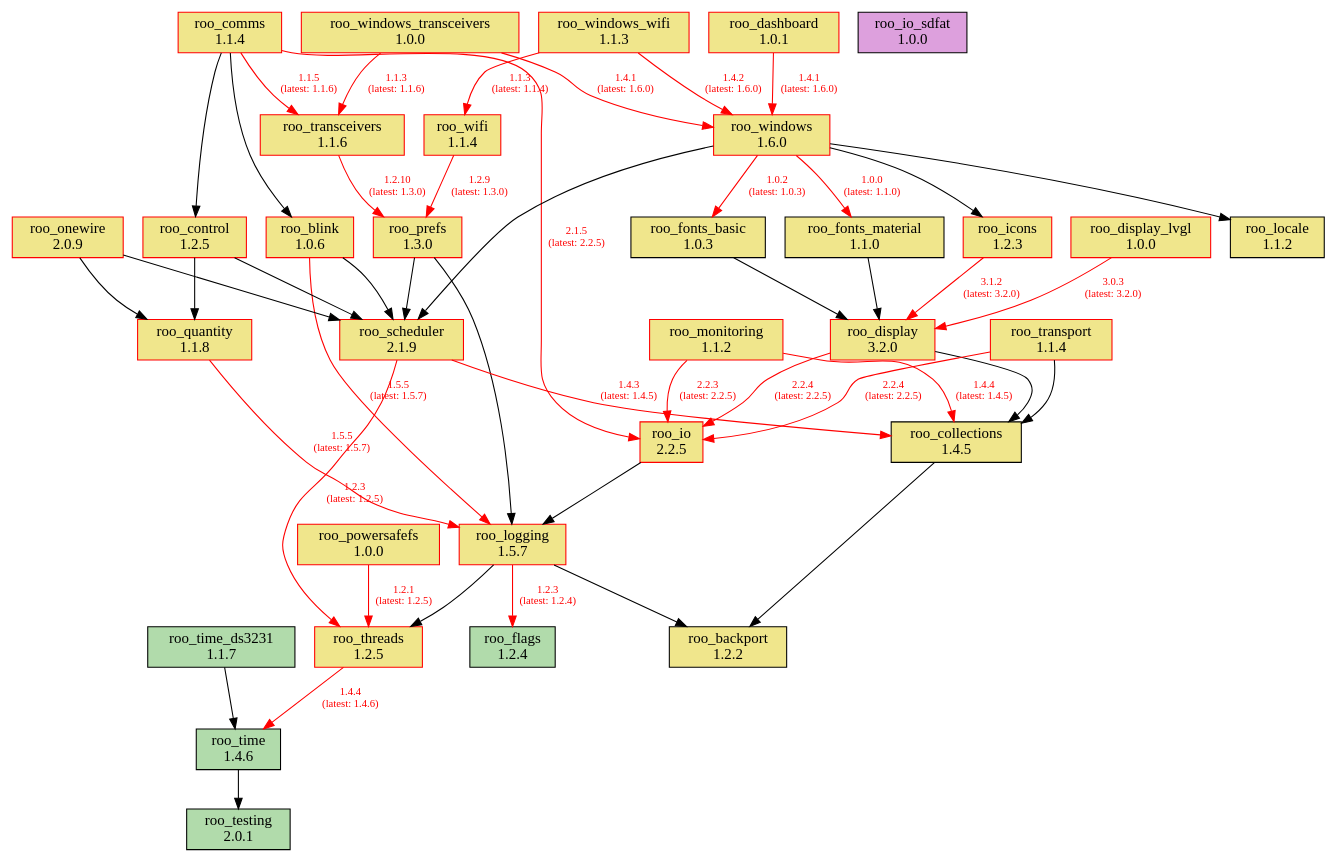
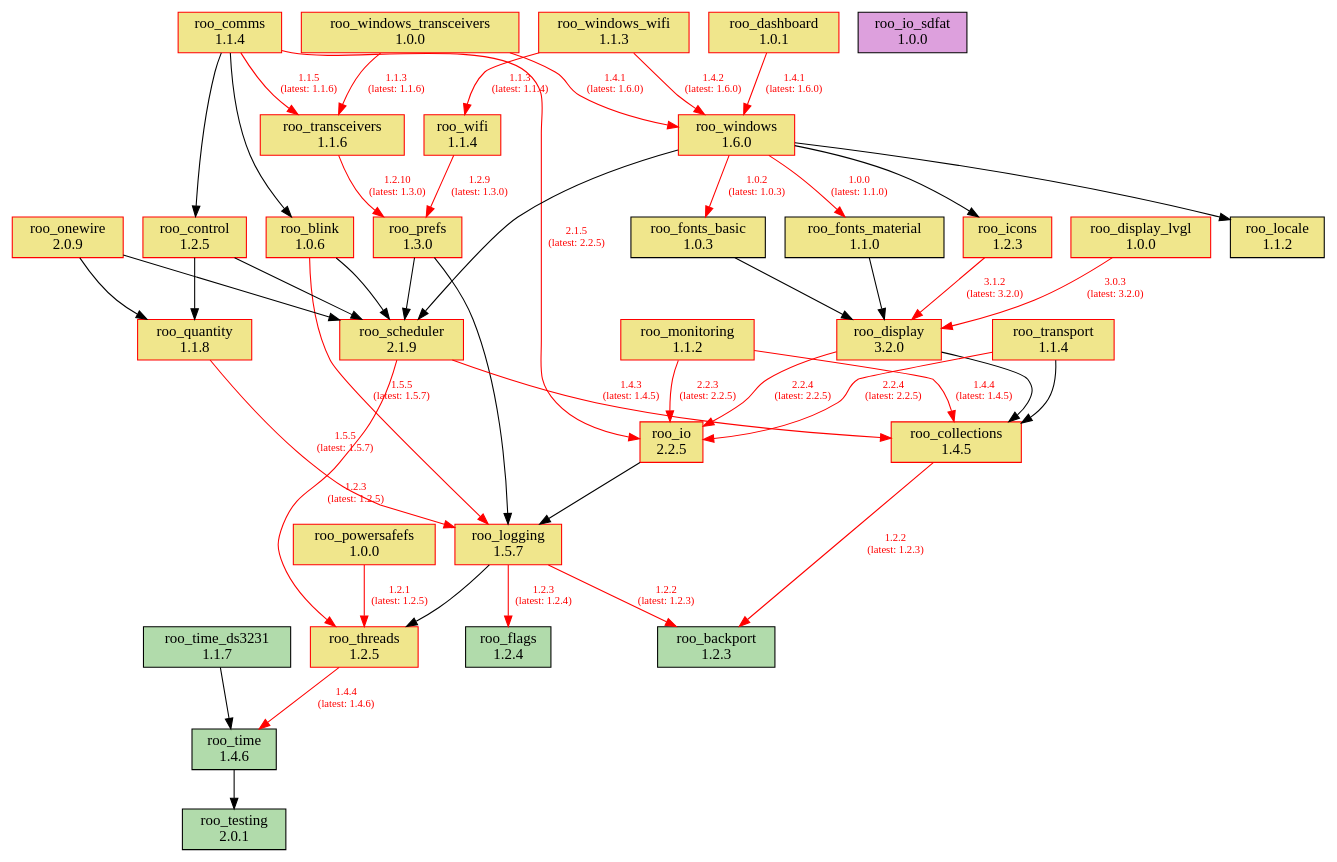
The diagram in doc/dependencies.dot (dejwk/roo-registry), drawn with Graphviz before and after one commit. The commit also changed 3 other files, not shown here.

Commit message:
Added roo_backport 1.2.3 to the registry.

```diff
--- a/doc/dependencies.dot
+++ b/doc/dependencies.dot
@@ -1,87 +1,87 @@
 digraph dependencies {
     rankdir=TB;
     node [shape=box, style=filled];
     edge [fontsize=10];
 
     // Modules
-    "roo_backport" [label="roo_backport\n1.2.2", fillcolor="khaki", color="black"];
+    "roo_backport" [label="roo_backport\n1.2.3", fillcolor="#b1dbab", color="black"];
     "roo_blink" [label="roo_blink\n1.0.6", fillcolor="khaki", color="red"];
-    "roo_collections" [label="roo_collections\n1.4.5", fillcolor="khaki", color="black"];
+    "roo_collections" [label="roo_collections\n1.4.5", fillcolor="khaki", color="red"];
     "roo_comms" [label="roo_comms\n1.1.4", fillcolor="khaki", color="red"];
     "roo_control" [label="roo_control\n1.2.5", fillcolor="khaki", color="red"];
     "roo_dashboard" [label="roo_dashboard\n1.0.1", fillcolor="khaki", color="red"];
     "roo_display" [label="roo_display\n3.2.0", fillcolor="khaki", color="red"];
     "roo_display_lvgl" [label="roo_display_lvgl\n1.0.0", fillcolor="khaki", color="red"];
     "roo_flags" [label="roo_flags\n1.2.4", fillcolor="#b1dbab", color="black"];
     "roo_fonts_basic" [label="roo_fonts_basic\n1.0.3", fillcolor="khaki", color="black"];
     "roo_fonts_material" [label="roo_fonts_material\n1.1.0", fillcolor="khaki", color="black"];
     "roo_icons" [label="roo_icons\n1.2.3", fillcolor="khaki", color="red"];
     "roo_io" [label="roo_io\n2.2.5", fillcolor="khaki", color="red"];
     "roo_io_sdfat" [label="roo_io_sdfat\n1.0.0", fillcolor="plum", color="black"];
     "roo_locale" [label="roo_locale\n1.1.2", fillcolor="khaki", color="black"];
     "roo_logging" [label="roo_logging\n1.5.7", fillcolor="khaki", color="red"];
     "roo_monitoring" [label="roo_monitoring\n1.1.2", fillcolor="khaki", color="red"];
     "roo_onewire" [label="roo_onewire\n2.0.9", fillcolor="khaki", color="red"];
     "roo_powersafefs" [label="roo_powersafefs\n1.0.0", fillcolor="khaki", color="red"];
     "roo_prefs" [label="roo_prefs\n1.3.0", fillcolor="khaki", color="red"];
     "roo_quantity" [label="roo_quantity\n1.1.8", fillcolor="khaki", color="red"];
     "roo_scheduler" [label="roo_scheduler\n2.1.9", fillcolor="khaki", color="red"];
     "roo_testing" [label="roo_testing\n2.0.1", fillcolor="#b1dbab", color="black"];
     "roo_threads" [label="roo_threads\n1.2.5", fillcolor="khaki", color="red"];
     "roo_time" [label="roo_time\n1.4.6", fillcolor="#b1dbab", color="black"];
     "roo_time_ds3231" [label="roo_time_ds3231\n1.1.7", fillcolor="#b1dbab", color="black"];
     "roo_transceivers" [label="roo_transceivers\n1.1.6", fillcolor="khaki", color="red"];
     "roo_transport" [label="roo_transport\n1.1.4", fillcolor="khaki", color="red"];
     "roo_wifi" [label="roo_wifi\n1.1.4", fillcolor="khaki", color="red"];
     "roo_windows" [label="roo_windows\n1.6.0", fillcolor="khaki", color="red"];
     "roo_windows_transceivers" [label="roo_windows_transceivers\n1.0.0", fillcolor="khaki", color="red"];
     "roo_windows_wifi" [label="roo_windows_wifi\n1.1.3", fillcolor="khaki", color="red"];
 
     // Dependencies
     "roo_blink" -> "roo_logging" [color=red, fontcolor=red, label="1.5.5\n(latest: 1.5.7)"];
     "roo_blink" -> "roo_scheduler";
-    "roo_collections" -> "roo_backport";
+    "roo_collections" -> "roo_backport" [color=red, fontcolor=red, label="1.2.2\n(latest: 1.2.3)"];
     "roo_comms" -> "roo_blink";
     "roo_comms" -> "roo_control";
     "roo_comms" -> "roo_io" [color=red, fontcolor=red, label="2.1.5\n(latest: 2.2.5)"];
     "roo_comms" -> "roo_transceivers" [color=red, fontcolor=red, label="1.1.5\n(latest: 1.1.6)"];
     "roo_control" -> "roo_quantity";
     "roo_control" -> "roo_scheduler";
     "roo_dashboard" -> "roo_windows" [color=red, fontcolor=red, label="1.4.1\n(latest: 1.6.0)"];
     "roo_display" -> "roo_collections";
     "roo_display" -> "roo_io" [color=red, fontcolor=red, label="2.2.4\n(latest: 2.2.5)"];
     "roo_display_lvgl" -> "roo_display" [color=red, fontcolor=red, label="3.0.3\n(latest: 3.2.0)"];
     "roo_fonts_basic" -> "roo_display";
     "roo_fonts_material" -> "roo_display";
     "roo_icons" -> "roo_display" [color=red, fontcolor=red, label="3.1.2\n(latest: 3.2.0)"];
     "roo_io" -> "roo_logging";
-    "roo_logging" -> "roo_backport";
+    "roo_logging" -> "roo_backport" [color=red, fontcolor=red, label="1.2.2\n(latest: 1.2.3)"];
     "roo_logging" -> "roo_flags" [color=red, fontcolor=red, label="1.2.3\n(latest: 1.2.4)"];
     "roo_logging" -> "roo_threads";
     "roo_monitoring" -> "roo_collections" [color=red, fontcolor=red, label="1.4.4\n(latest: 1.4.5)"];
     "roo_monitoring" -> "roo_io" [color=red, fontcolor=red, label="2.2.3\n(latest: 2.2.5)"];
     "roo_onewire" -> "roo_scheduler";
     "roo_onewire" -> "roo_quantity";
     "roo_powersafefs" -> "roo_threads" [color=red, fontcolor=red, label="1.2.1\n(latest: 1.2.5)"];
     "roo_prefs" -> "roo_logging";
     "roo_prefs" -> "roo_scheduler";
     "roo_quantity" -> "roo_logging" [color=red, fontcolor=red, label="1.5.5\n(latest: 1.5.7)"];
     "roo_scheduler" -> "roo_collections" [color=red, fontcolor=red, label="1.4.3\n(latest: 1.4.5)"];
     "roo_scheduler" -> "roo_threads" [color=red, fontcolor=red, label="1.2.3\n(latest: 1.2.5)"];
     "roo_threads" -> "roo_time" [color=red, fontcolor=red, label="1.4.4\n(latest: 1.4.6)"];
     "roo_time" -> "roo_testing";
     "roo_time_ds3231" -> "roo_time";
     "roo_transceivers" -> "roo_prefs" [color=red, fontcolor=red, label="1.2.10\n(latest: 1.3.0)"];
     "roo_transport" -> "roo_collections";
     "roo_transport" -> "roo_io" [color=red, fontcolor=red, label="2.2.4\n(latest: 2.2.5)"];
     "roo_wifi" -> "roo_prefs" [color=red, fontcolor=red, label="1.2.9\n(latest: 1.3.0)"];
     "roo_windows" -> "roo_fonts_basic" [color=red, fontcolor=red, label="1.0.2\n(latest: 1.0.3)"];
     "roo_windows" -> "roo_fonts_material" [color=red, fontcolor=red, label="1.0.0\n(latest: 1.1.0)"];
     "roo_windows" -> "roo_locale";
     "roo_windows" -> "roo_icons";
     "roo_windows" -> "roo_scheduler";
     "roo_windows_transceivers" -> "roo_transceivers" [color=red, fontcolor=red, label="1.1.3\n(latest: 1.1.6)"];
     "roo_windows_transceivers" -> "roo_windows" [color=red, fontcolor=red, label="1.4.1\n(latest: 1.6.0)"];
     "roo_windows_wifi" -> "roo_wifi" [color=red, fontcolor=red, label="1.1.3\n(latest: 1.1.4)"];
     "roo_windows_wifi" -> "roo_windows" [color=red, fontcolor=red, label="1.4.2\n(latest: 1.6.0)"];
 }
```
